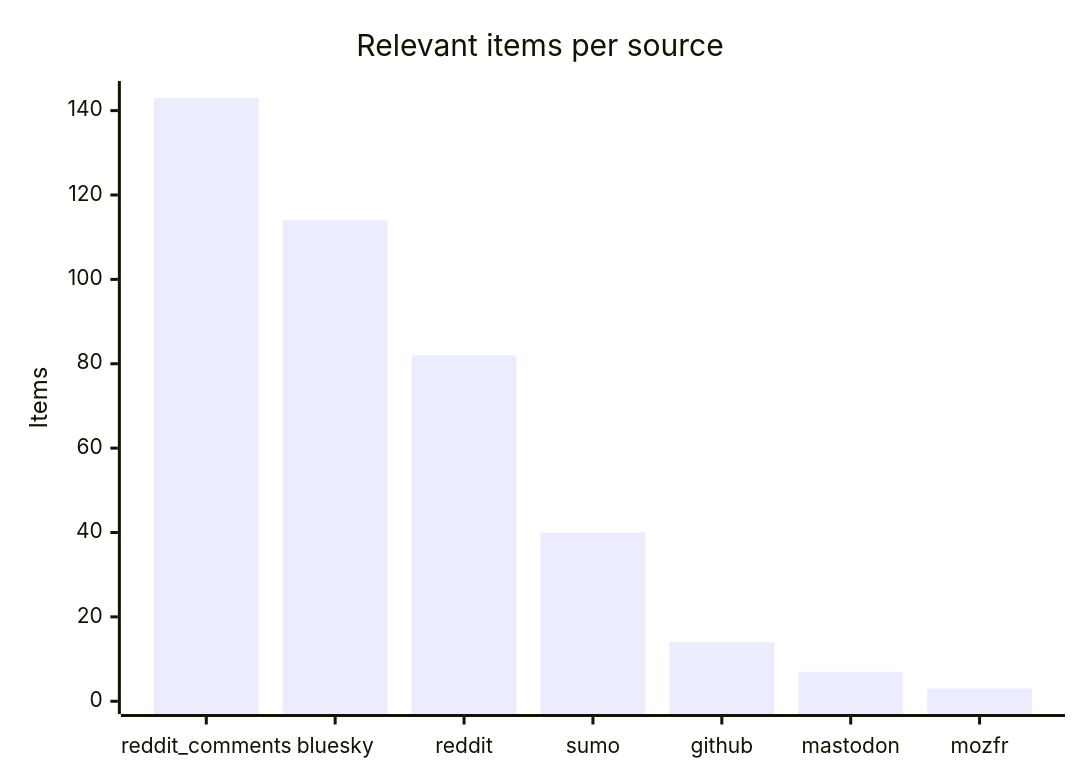
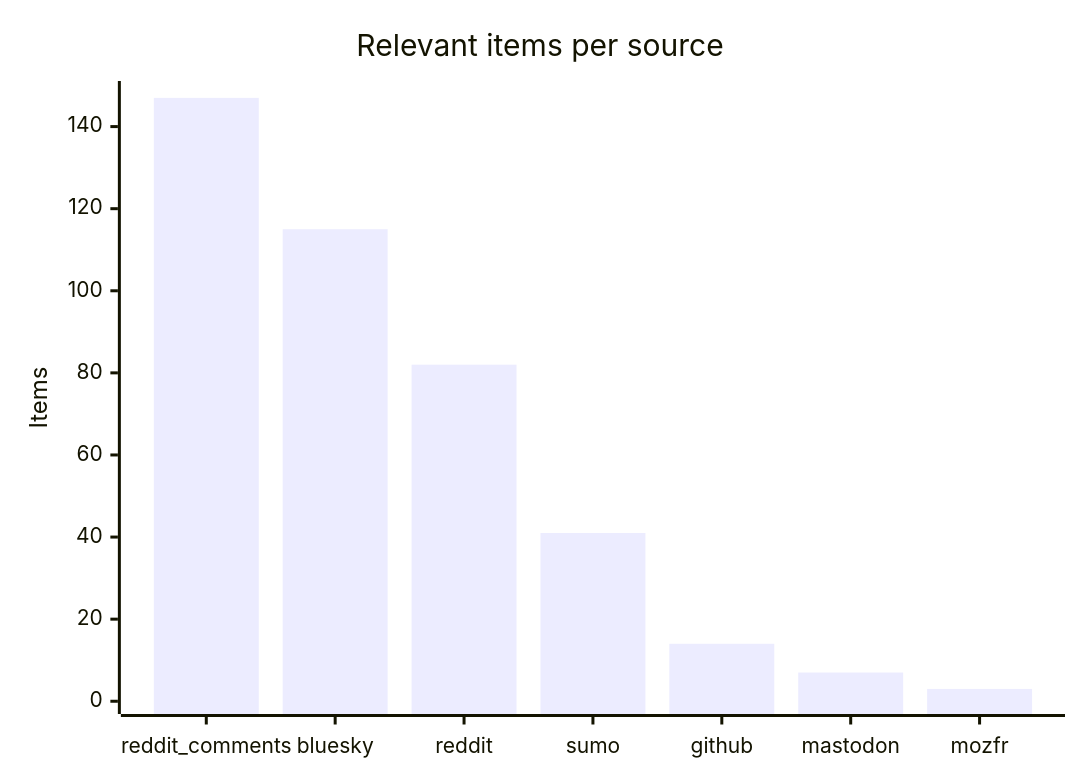
Before and after one commit to martinbalfanz/social-scanner-reports: the third of 4 diagrams in README.md, drawn with Mermaid. The commit also changed other lines of this file and 4 other files, not shown here.

````diff
--- a/README.md
+++ b/README.md
@@ -48,7 +48,7 @@
 ```mermaid
 xychart-beta
     title "Relevant items per source"
     x-axis ["reddit_comments", "bluesky", "reddit", "sumo", "github", "mastodon", "mozfr"]
-    y-axis "Items" 0 --> 144
-    bar [143, 114, 82, 40, 14, 7, 3]
+    y-axis "Items" 0 --> 148
+    bar [147, 115, 82, 41, 14, 7, 3]
 ```
````
